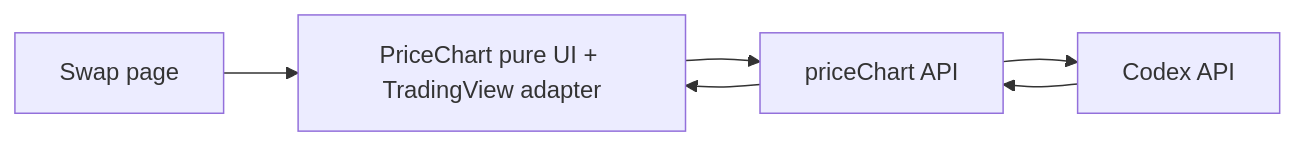
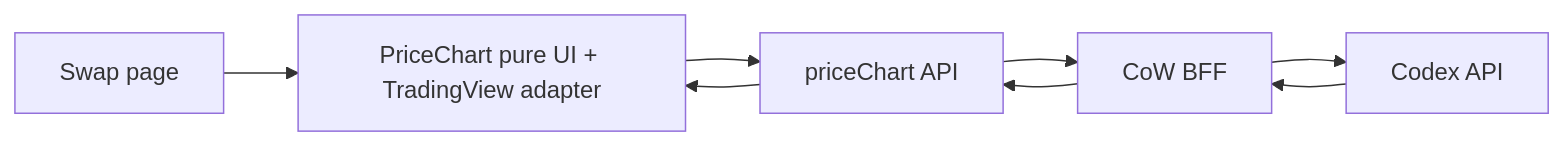
The diagram in apps/cowswap-frontend/src/modules/priceChart/README.md (cowprotocol/cowswap), drawn with Mermaid before and after one commit. The commit also changed other lines of this file and 14 other files, not shown here.

````diff
--- a/apps/cowswap-frontend/src/modules/priceChart/README.md
+++ b/apps/cowswap-frontend/src/modules/priceChart/README.md
@@ -53,13 +52,16 @@
 ```mermaid
 flowchart LR
   Swap[Swap page]
   PriceChartUi[PriceChart pure UI + TradingView adapter]
   PriceChartApi[priceChart API]
+  Bff[CoW BFF]
   Codex[Codex API]
 
   Swap --> PriceChartUi
   PriceChartUi --> PriceChartApi
-  PriceChartApi --> Codex
-  Codex --> PriceChartApi
+  PriceChartApi --> Bff
+  Bff --> Codex
+  Codex --> Bff
+  Bff --> PriceChartApi
   PriceChartApi --> PriceChartUi
 ```
````
